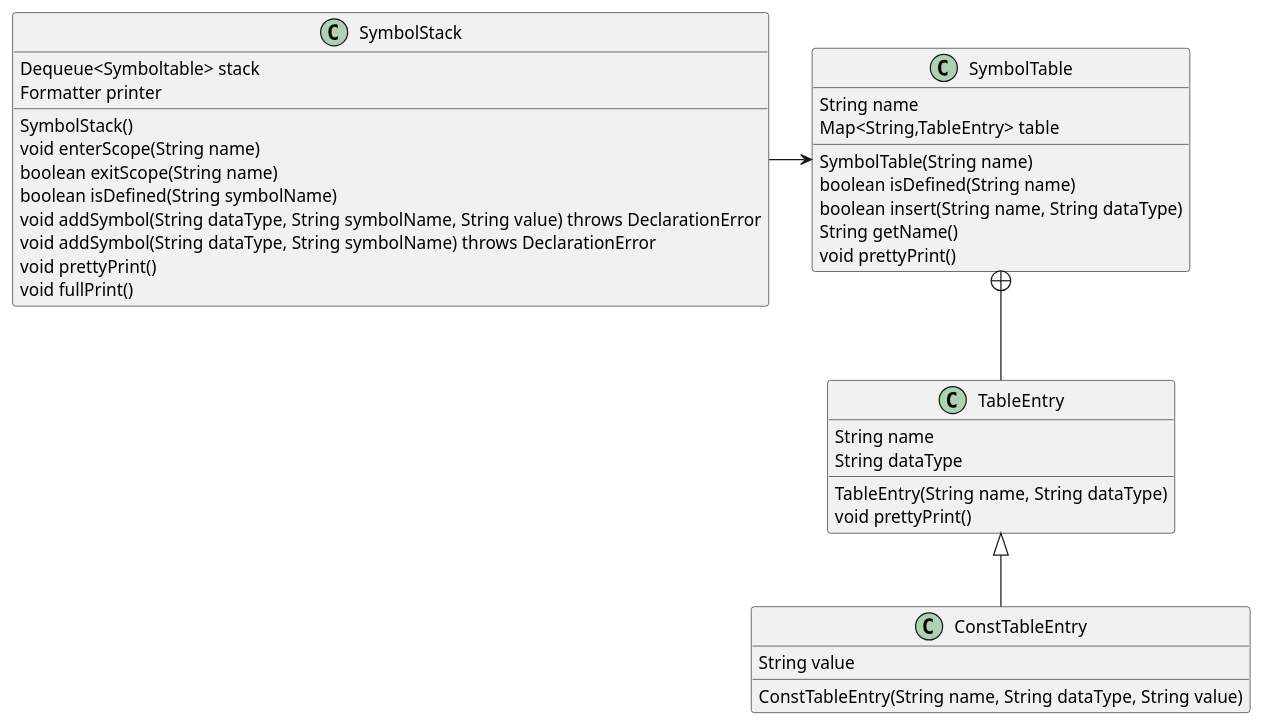
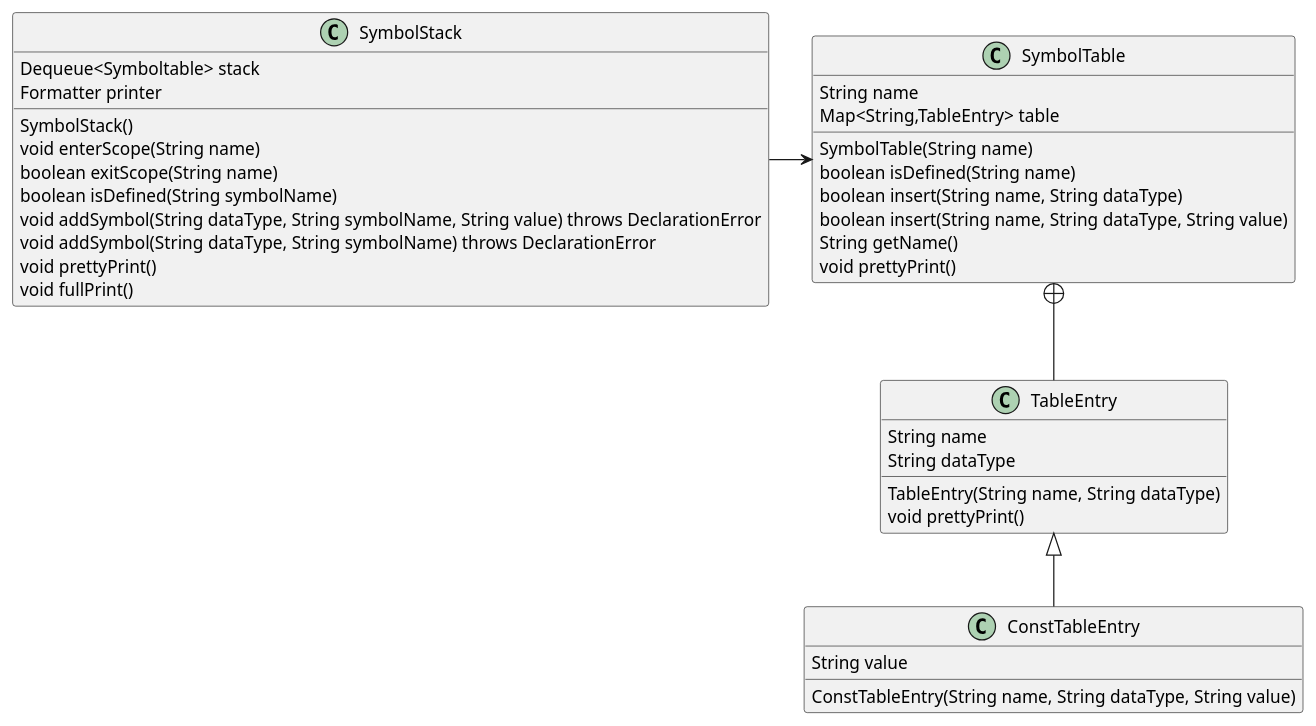
Before and after one commit to sdilts/little-compiler: the diagram in report/uml/SymbolStack.pu, drawn with PlantUML. The commit also changed 2 other files, not shown here.

Commit message:
Added missing method to uml
+ Changed name of uml image file

```diff
--- a/report/uml/SymbolStack.pu
+++ b/report/uml/SymbolStack.pu
@@ -1,43 +1,44 @@
 @startuml
 class SymbolStack {
       Dequeue<Symboltable> stack
       Formatter printer
       SymbolStack()
       void enterScope(String name)
       boolean exitScope(String name)
       boolean isDefined(String symbolName)
       void addSymbol(String dataType, String symbolName, String value) throws DeclarationError
       void addSymbol(String dataType, String symbolName) throws DeclarationError
       void prettyPrint()
       void fullPrint()
 }
 
 class SymbolTable {
       String name
       Map<String,TableEntry> table
       SymbolTable(String name)
       boolean isDefined(String name)
       boolean insert(String name, String dataType)
+      boolean insert(String name, String dataType, String value)
       String getName()
       void prettyPrint()
 }
 
 class TableEntry {
       String name
       String dataType
       TableEntry(String name, String dataType)
       void prettyPrint()
 }
 
 class ConstTableEntry {
       String value
       ConstTableEntry(String name, String dataType, String value)
 }
 
 
 
 SymbolStack -right--> SymbolTable
 TableEntry <|-- ConstTableEntry
 SymbolTable +-- TableEntry
 /' SymbolTable +-- ConstTableEntry '/
 @enduml
```
